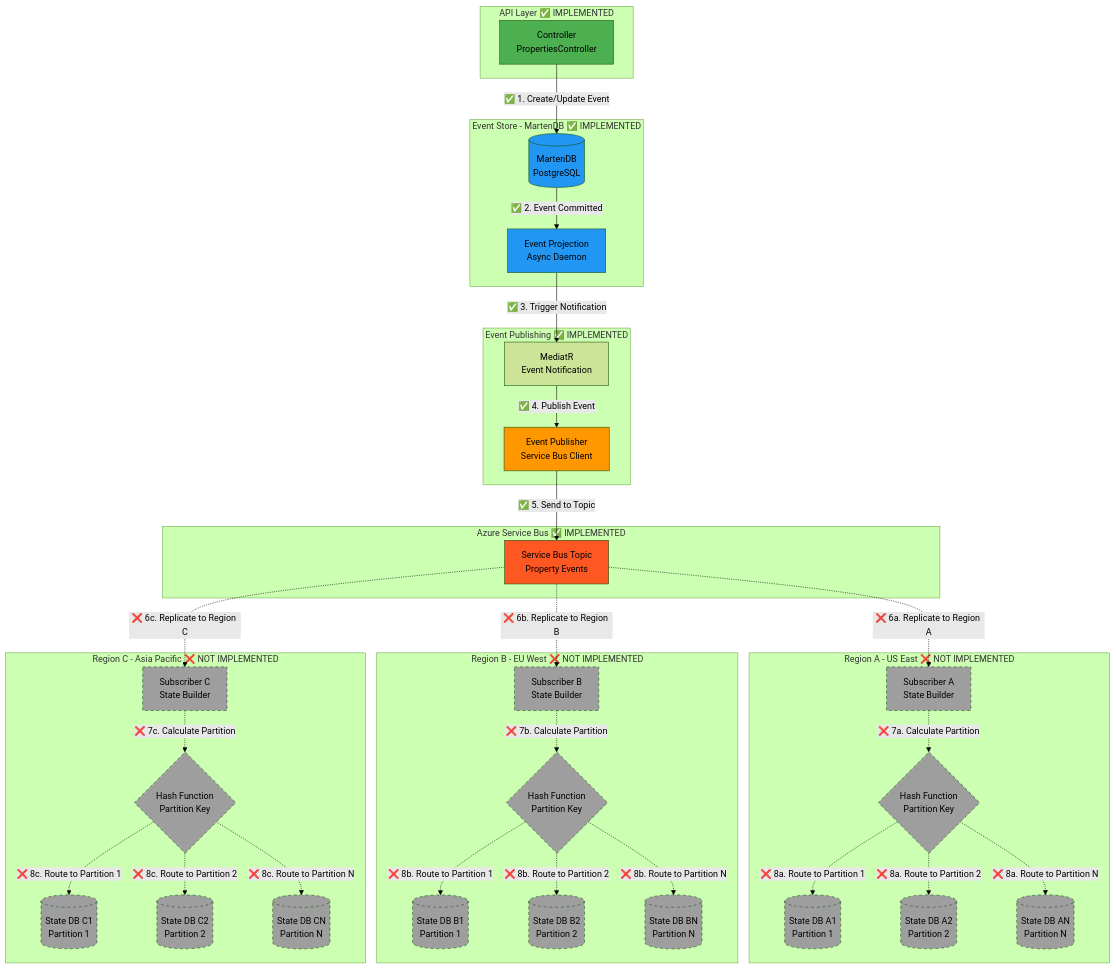
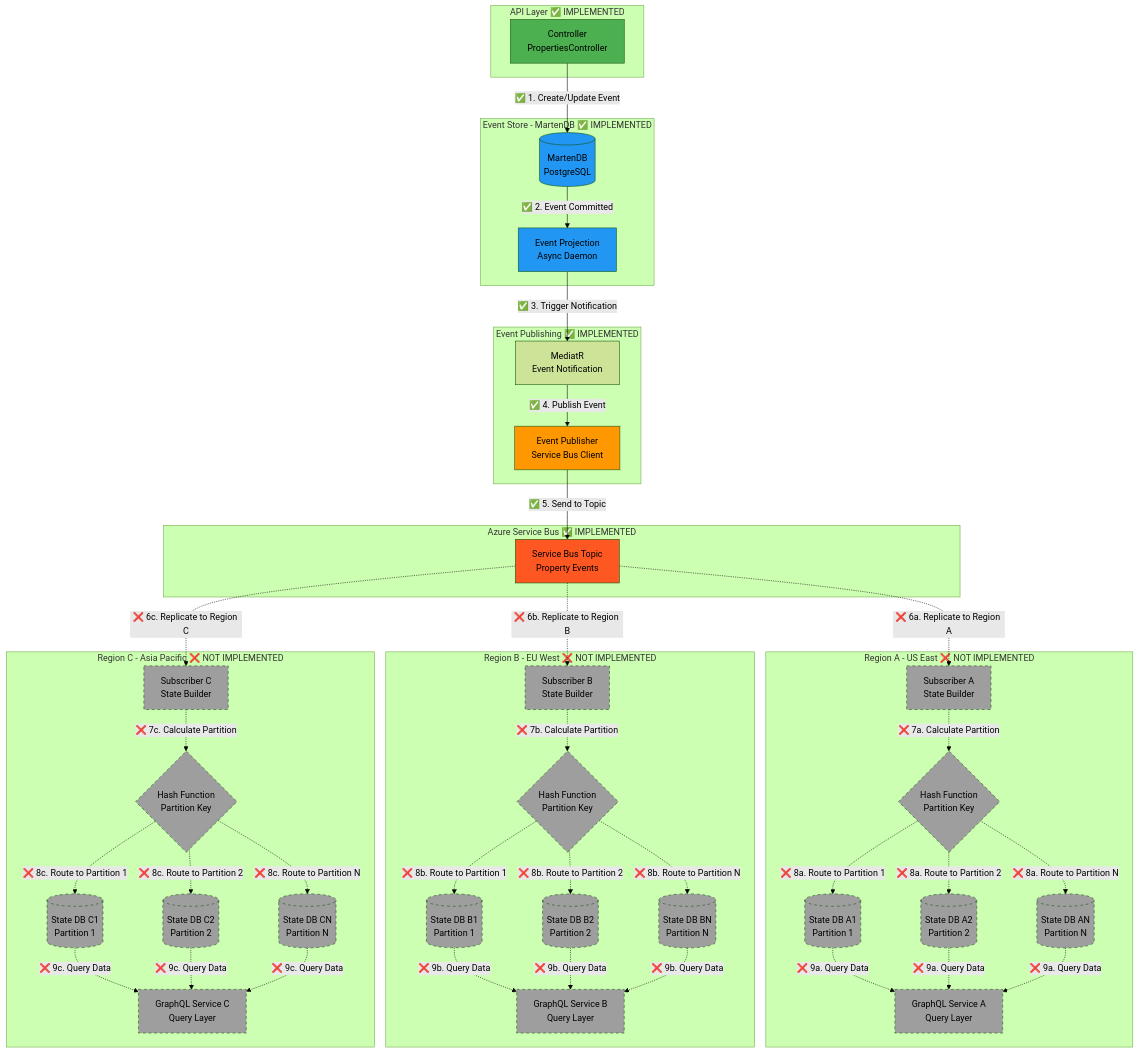
Before and after one commit to pqviet030188/eventsourcing: the diagram in README.md, drawn with Mermaid (forest theme). The commit also changed other lines of this file and 1 other file, not shown here.

````diff
--- a/README.md
+++ b/README.md
@@ -50,6 +50,7 @@
         StateA1[(State DB A1<br/>Partition 1)]
         StateA2[(State DB A2<br/>Partition 2)]
         StateAN[(State DB AN<br/>Partition N)]
+        GraphQLA[GraphQL Service A<br/>Query Layer]
     end
     
     subgraph "Region B - EU West ❌ NOT IMPLEMENTED"
@@ -58,6 +59,7 @@
         StateB1[(State DB B1<br/>Partition 1)]
         StateB2[(State DB B2<br/>Partition 2)]
         StateBN[(State DB BN<br/>Partition N)]
+        GraphQLB[GraphQL Service B<br/>Query Layer]
     end
     
     subgraph "Region C - Asia Pacific ❌ NOT IMPLEMENTED"
@@ -66,6 +68,7 @@
         StateC1[(State DB C1<br/>Partition 1)]
         StateC2[(State DB C2<br/>Partition 2)]
         StateCN[(State DB CN<br/>Partition N)]
+        GraphQLC[GraphQL Service C<br/>Query Layer]
     end
     
     Controller -->|✅ 1. Create/Update Event| Marten
@@ -94,6 +97,18 @@
     HashC -.->|❌ 8c. Route to Partition 2| StateC2
     HashC -.->|❌ 8c. Route to Partition N| StateCN
     
+    StateA1 -.->|❌ 9a. Query Data| GraphQLA
+    StateA2 -.->|❌ 9a. Query Data| GraphQLA
+    StateAN -.->|❌ 9a. Query Data| GraphQLA
+    
+    StateB1 -.->|❌ 9b. Query Data| GraphQLB
+    StateB2 -.->|❌ 9b. Query Data| GraphQLB
+    StateBN -.->|❌ 9b. Query Data| GraphQLB
+    
+    StateC1 -.->|❌ 9c. Query Data| GraphQLC
+    StateC2 -.->|❌ 9c. Query Data| GraphQLC
+    StateCN -.->|❌ 9c. Query Data| GraphQLC
+    
     style Controller fill:#4CAF50
     style Marten fill:#2196F3
     style EventProjection fill:#2196F3
@@ -117,4 +132,8 @@
     style StateC1 fill:#9E9E9E,stroke-dasharray: 5 5
     style StateC2 fill:#9E9E9E,stroke-dasharray: 5 5
     style StateCN fill:#9E9E9E,stroke-dasharray: 5 5
+    
+    style GraphQLA fill:#9E9E9E,stroke-dasharray: 5 5
+    style GraphQLB fill:#9E9E9E,stroke-dasharray: 5 5
+    style GraphQLC fill:#9E9E9E,stroke-dasharray: 5 5
 ```
````
